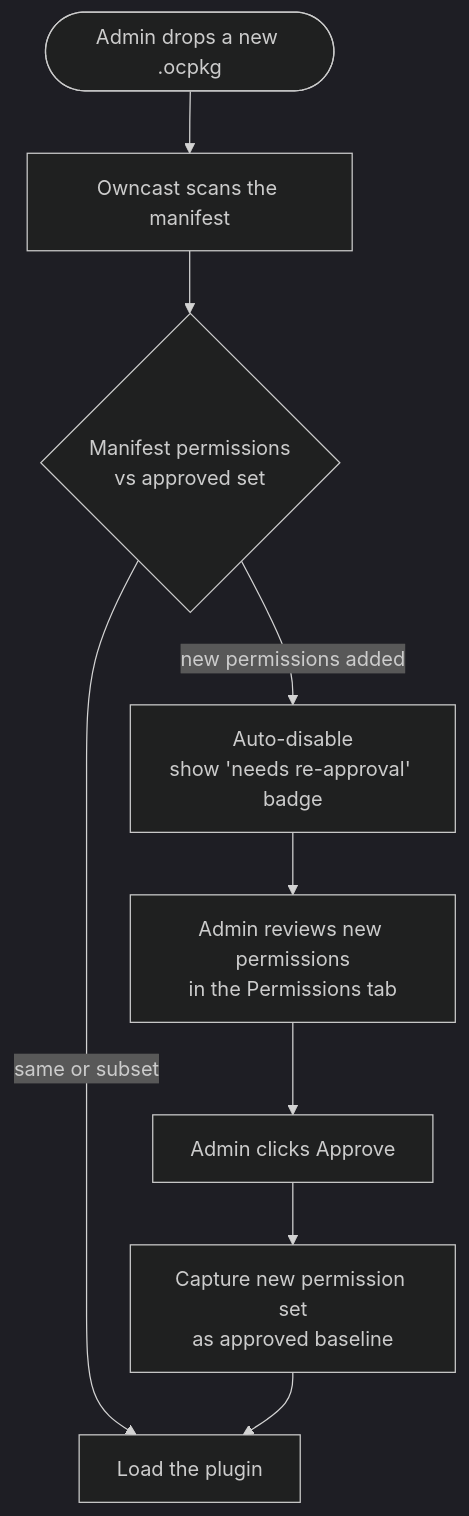
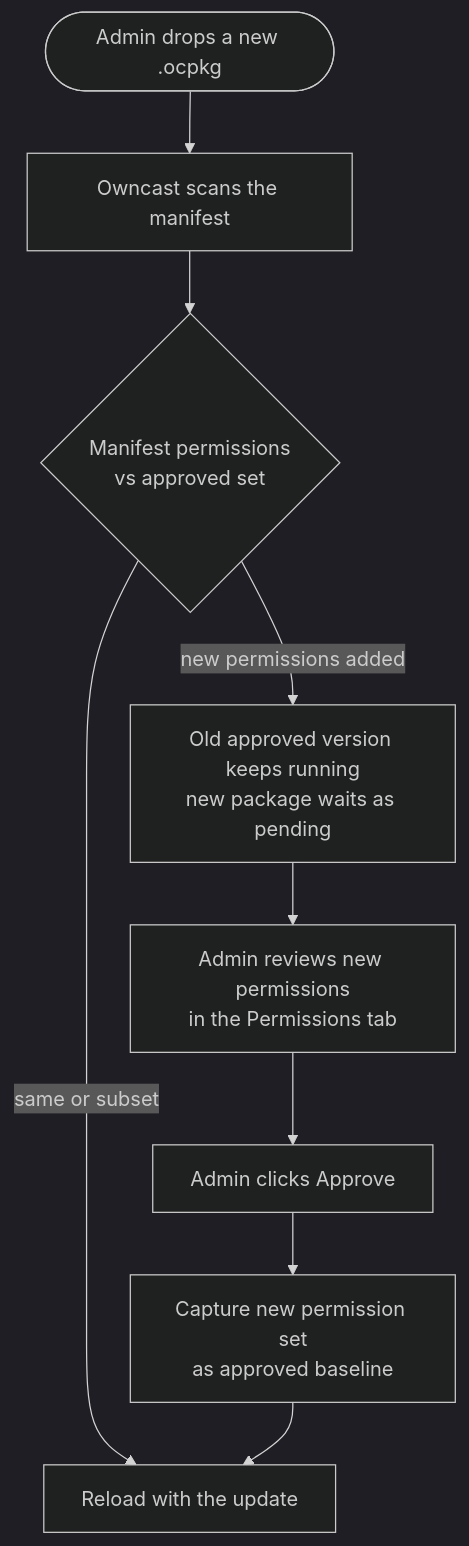
The diagram in docs/plugins/permissions.md (owncast/owncast.github.io), drawn with Mermaid (dark theme) before and after one commit. The commit also changed other lines of this file and 76 other files, not shown here.

````diff
--- a/docs/plugins/permissions.md
+++ b/docs/plugins/permissions.md
@@ -44,11 +48,11 @@
 ```mermaid
 flowchart TB
     Update([Admin drops a new .ocpkg]) --> Scan[Owncast scans the manifest]
     Scan --> Diff{Manifest permissions<br/>vs approved set}
-    Diff -->|same or subset| Load[Load the plugin]
-    Diff -->|new permissions added| Disable[Auto-disable<br/>show 'needs re-approval' badge]
-    Disable --> Review[Admin reviews new permissions<br/>in the Permissions tab]
+    Diff -->|same or subset| Load[Reload with the update]
+    Diff -->|new permissions added| Pending[Old approved version keeps running<br/>new package waits as pending]
+    Pending --> Review[Admin reviews new permissions<br/>in the Permissions tab]
     Review --> Click[Admin clicks Approve]
     Click --> Snapshot[Capture new permission set<br/>as approved baseline]
     Snapshot --> Load
 ```
````
